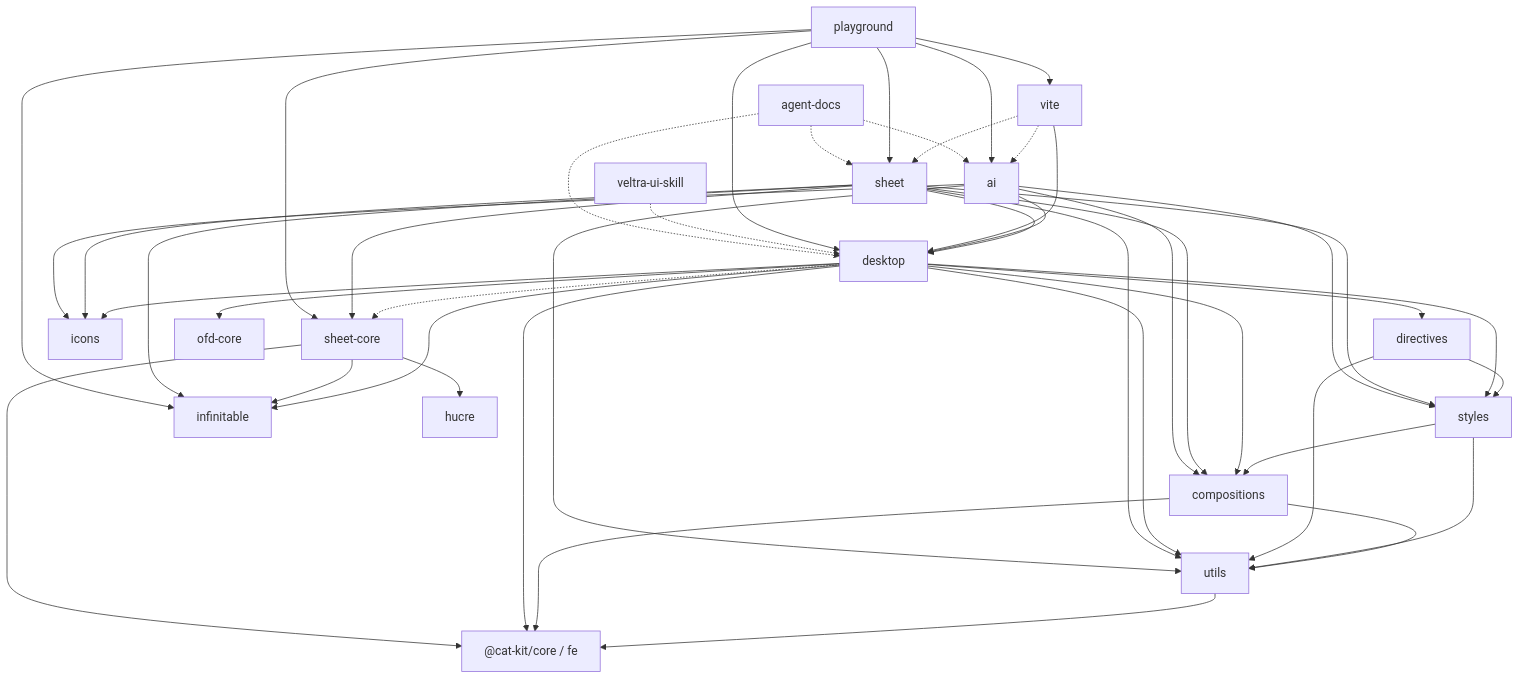
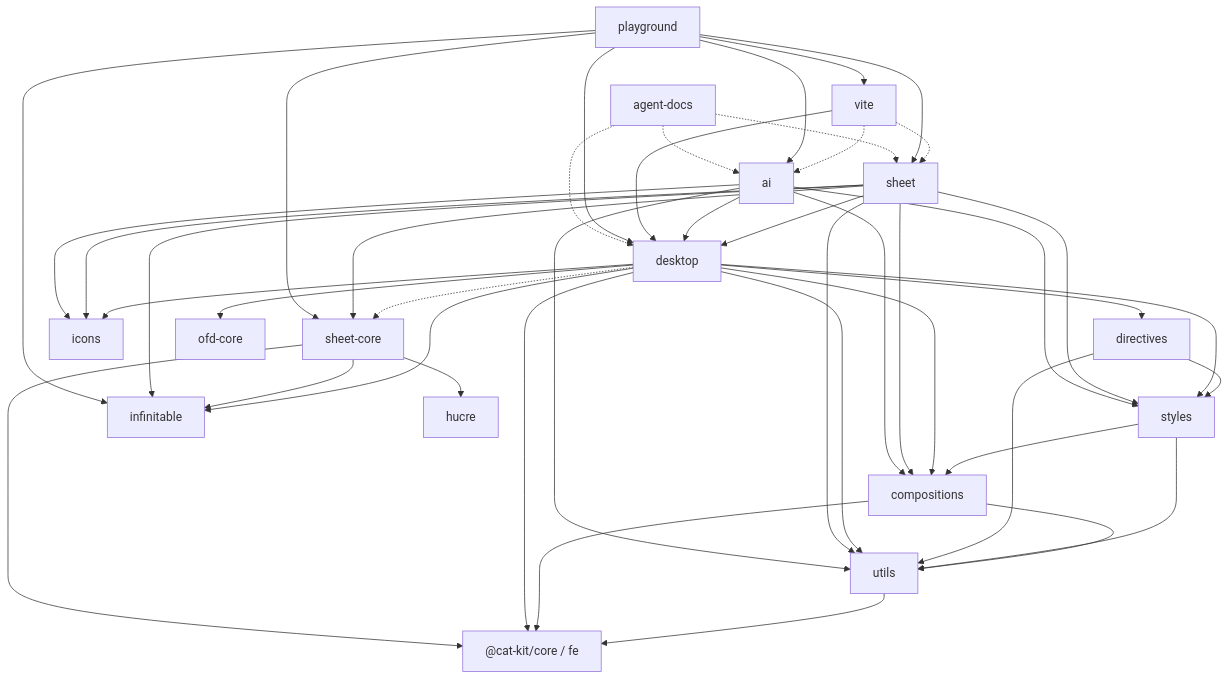
Before and after one commit to cabinet-fe/ultra-ui: the diagram in .agents/docs/CODE-MAP.md, drawn with Mermaid. The commit also changed other lines of this file and 2 other files, not shown here.

First line of the commit message:
docs(agents): 移除 veltra-ui-skill 伴生技能的陈旧引用

````diff
--- a/.agents/docs/CODE-MAP.md
+++ b/.agents/docs/CODE-MAP.md
@@ -60,63 +58,61 @@
 ```mermaid
 graph TD
   catkit["@cat-kit/core / fe"]
   utils["utils"]
   compositions["compositions"]
   styles["styles"]
   directives["directives"]
   icons["icons"]
   desktop["desktop"]
   sheetCore["sheet-core"]
   sheet["sheet"]
   ai["ai"]
   ofdCore["ofd-core"]
   vitePkg["vite"]
   playground["playground"]
-  skill["veltra-ui-skill"]
   agentDocs["agent-docs"]
 
   utils --> catkit
   compositions --> utils
   compositions --> catkit
   styles --> compositions
   styles --> utils
   directives --> styles
   directives --> utils
   desktop --> utils
   desktop --> styles
   desktop --> compositions
   desktop --> directives
   desktop --> icons
   desktop --> catkit
   desktop -.-> sheetCore
   desktop --> ofdCore
   desktop --> infTable["infinitable"]
   sheetCore --> hucre["hucre"]
   sheetCore --> infTable
   sheetCore --> catkit
   sheet --> sheetCore
   sheet --> infTable
   sheet --> desktop
   sheet --> icons
   sheet --> styles
   sheet --> utils
   sheet --> compositions
   ai --> desktop
   ai --> icons
   ai --> styles
   ai --> utils
   ai --> compositions
   vitePkg --> desktop
   vitePkg -.-> ai
   vitePkg -.-> sheet
   playground --> desktop
   playground --> ai
   playground --> sheet
   playground --> sheetCore
   playground --> infTable
   playground --> vitePkg
-  skill -.-> desktop
   agentDocs -.-> desktop
   agentDocs -.-> ai
   agentDocs -.-> sheet
 ```
````
